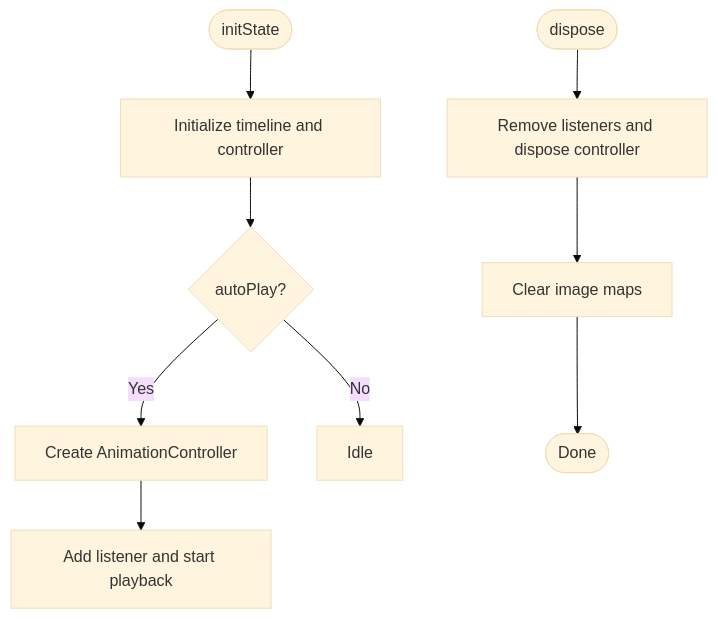
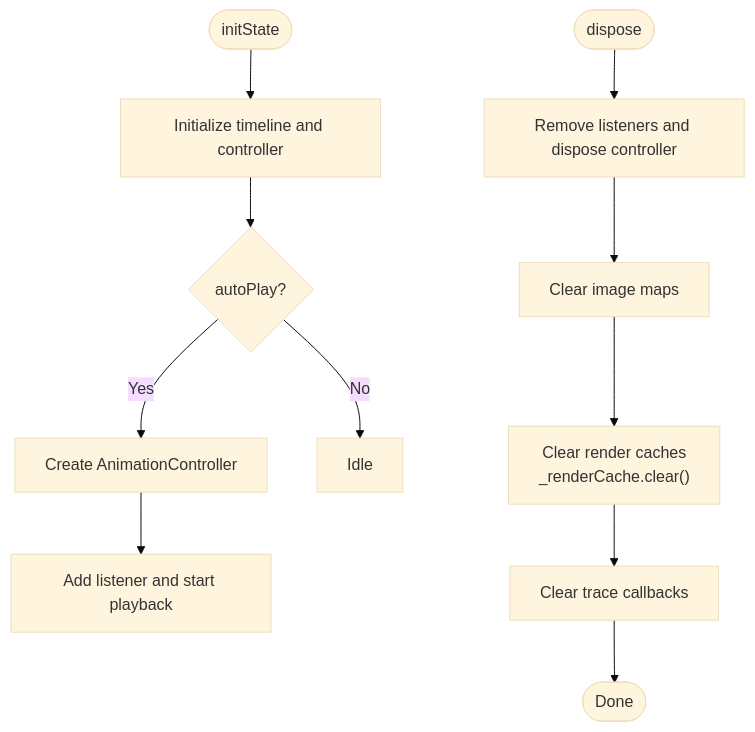
The ninth of 12 diagrams in .qoder/repowiki/en/content/Static SVG Rendering/Performance Optimization.md (denisnadey/flutter_full_svg_support), drawn with Mermaid (base theme) before and after one commit. The commit also changed other lines of this file and 65 other files, not shown here.

````diff
--- a/.qoder/repowiki/en/content/Static SVG Rendering/Performance Optimization.md
+++ b/.qoder/repowiki/en/content/Static SVG Rendering/Performance Optimization.md
@@ -230,11 +353,13 @@
 ```mermaid
 flowchart TD
 Init(["initState"]) --> Setup["Initialize timeline and controller"]
 Setup --> AutoPlay{"autoPlay?"}
 AutoPlay --> |Yes| CreateCtrl["Create AnimationController"]
 AutoPlay --> |No| Idle["Idle"]
 CreateCtrl --> Tick["Add listener and start playback"]
 Dispose(["dispose"]) --> RemoveListeners["Remove listeners and dispose controller"]
 RemoveListeners --> ClearImages["Clear image maps"]
-ClearImages --> End(["Done"])
+ClearImages --> ClearCaches["Clear render caches<br/>_renderCache.clear()"]
+ClearCaches --> ClearTrace["Clear trace callbacks"]
+ClearTrace --> End(["Done"])
 ```
````
